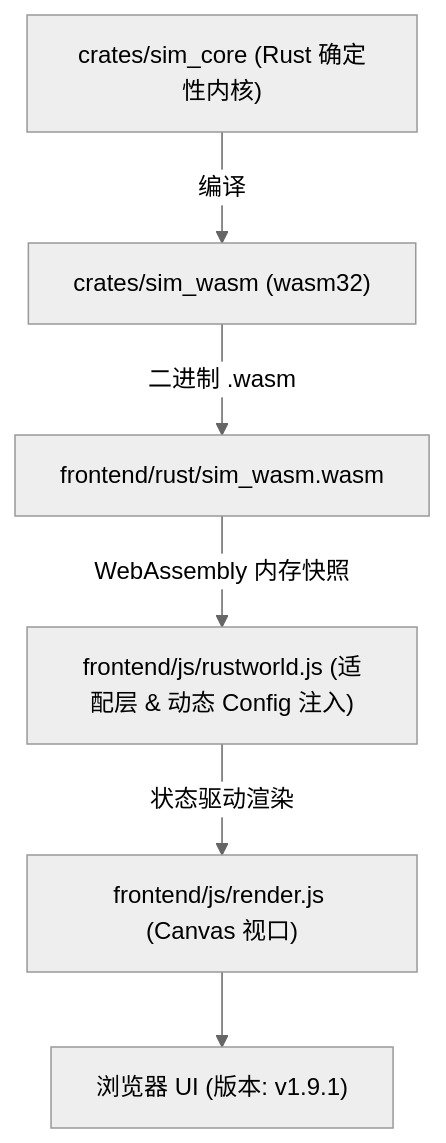
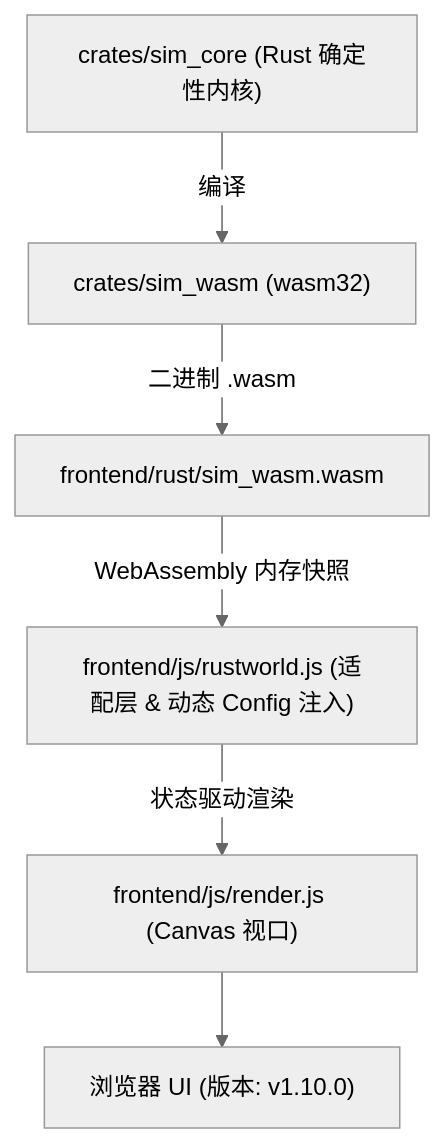
One commit to g39088902/FlowAndAccord changed the diagram in AGENTS.md. Above: the diagram before and after it, drawn with Mermaid (neutral theme). The commit also changed other lines of this file and 23 other files, not shown here.

````diff
--- a/AGENTS.md
+++ b/AGENTS.md
@@ -50,8 +50,8 @@
 ```mermaid
 graph TD
     A["crates/sim_core (Rust 确定性内核)"] -->|编译| B["crates/sim_wasm (wasm32)"]
     B -->|二进制 .wasm| C["frontend/rust/sim_wasm.wasm"]
     C -->|WebAssembly 内存快照| D["frontend/js/rustworld.js (适配层 & 动态 Config 注入)"]
     D -->|状态驱动渲染| E["frontend/js/render.js (Canvas 视口)"]
-    E --> F["浏览器 UI (版本: v1.9.1)"]
+    E --> F["浏览器 UI (版本: v1.10.0)"]
 ```
````
